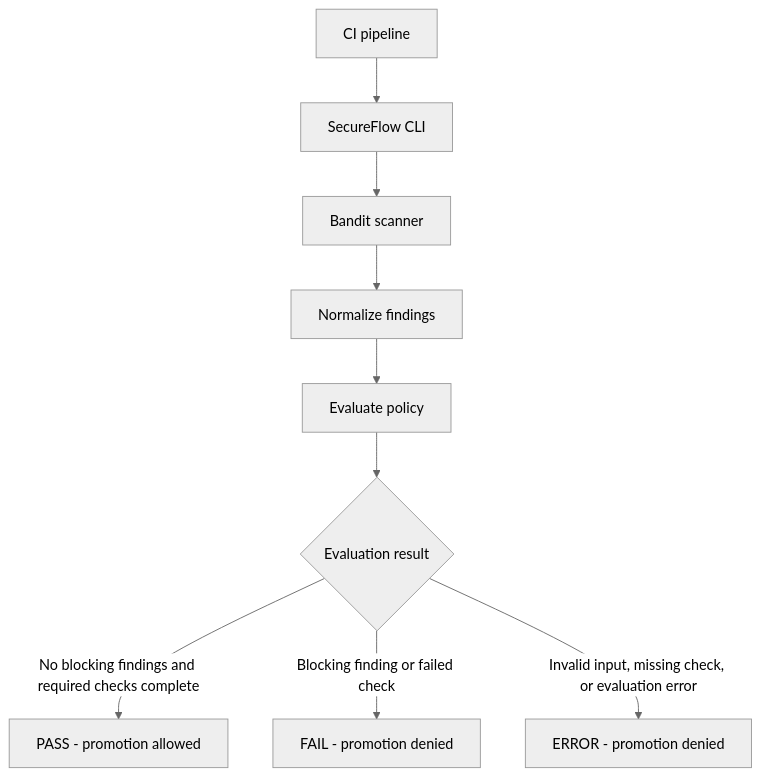
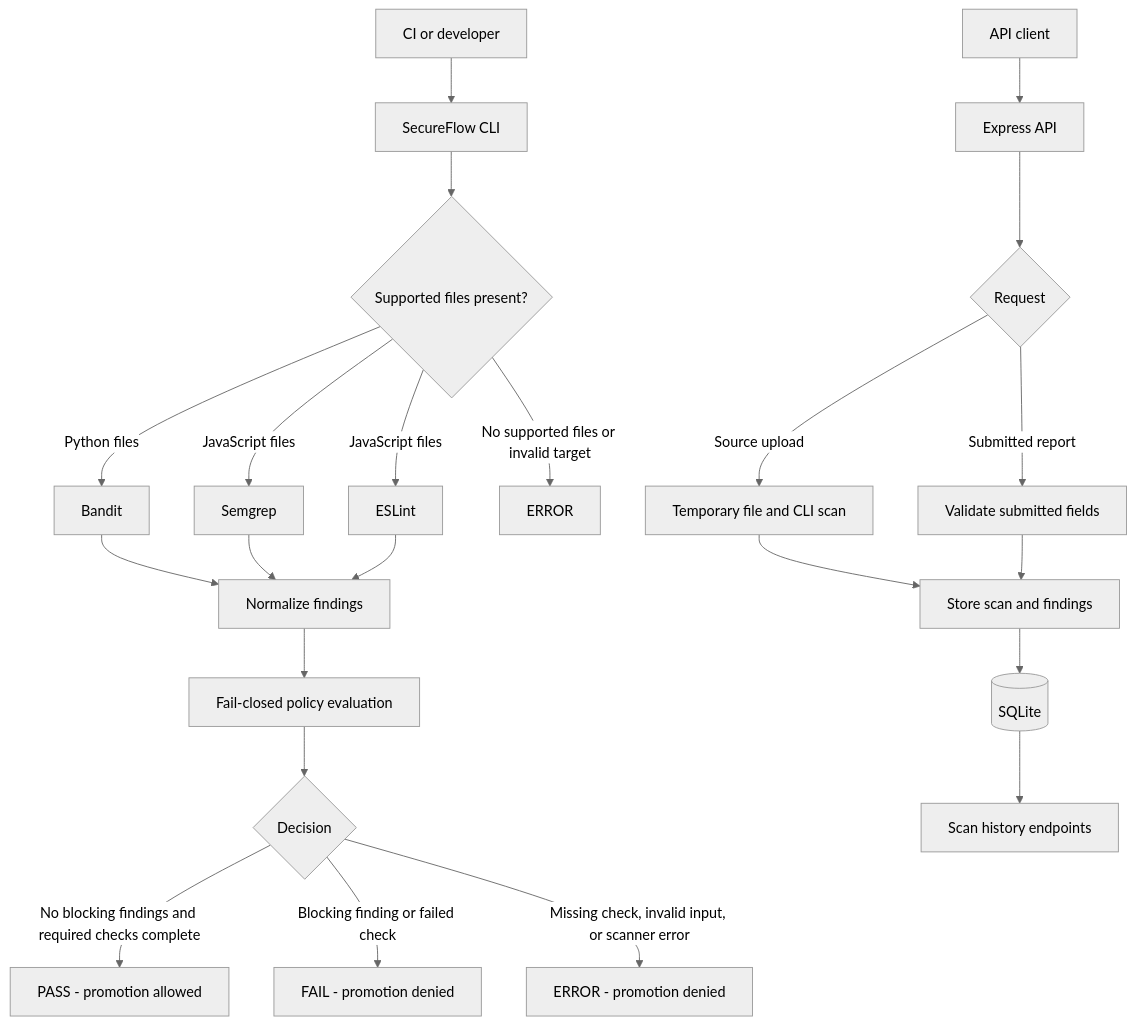
The diagram in README.md (Igna73M/secureflow), drawn with Mermaid (neutral theme) before and after one commit. The commit also changed other lines of this file and 4 other files, not shown here.

Commit message:
docs: complete SecureFlow documentation

````diff
--- a/README.md
+++ b/README.md
@@ -24,11 +52,26 @@
 ```mermaid
 flowchart TD
-    A[CI pipeline] --> B[SecureFlow CLI]
-    B --> C[Bandit scanner]
-    C --> D[Normalize findings]
-    D --> E[Evaluate policy]
-    E --> F{Evaluation result}
-    F -->|No blocking findings and required checks complete| G[PASS - promotion allowed]
-    F -->|Blocking finding or failed check| H[FAIL - promotion denied]
-    F -->|Invalid input, missing check, or evaluation error| I[ERROR - promotion denied]
+    A[CI or developer] --> B[SecureFlow CLI]
+    B --> C{Supported files present?}
+    C -->|Python files| D[Bandit]
+    C -->|JavaScript files| E[Semgrep]
+    C -->|JavaScript files| F[ESLint]
+    C -->|No supported files or invalid target| G[ERROR]
+    D --> H[Normalize findings]
+    E --> H
+    F --> H
+    H --> I[Fail-closed policy evaluation]
+    I --> J{Decision}
+    J -->|No blocking findings and required checks complete| K[PASS - promotion allowed]
+    J -->|Blocking finding or failed check| L[FAIL - promotion denied]
+    J -->|Missing check, invalid input, or scanner error| M[ERROR - promotion denied]
+
+    N[API client] --> O[Express API]
+    O --> P{Request}
+    P -->|Source upload| Q[Temporary file and CLI scan]
+    Q --> R[Store scan and findings]
+    P -->|Submitted report| S[Validate submitted fields]
+    S --> R
+    R --> T[(SQLite)]
+    T --> U[Scan history endpoints]
 ```
````
